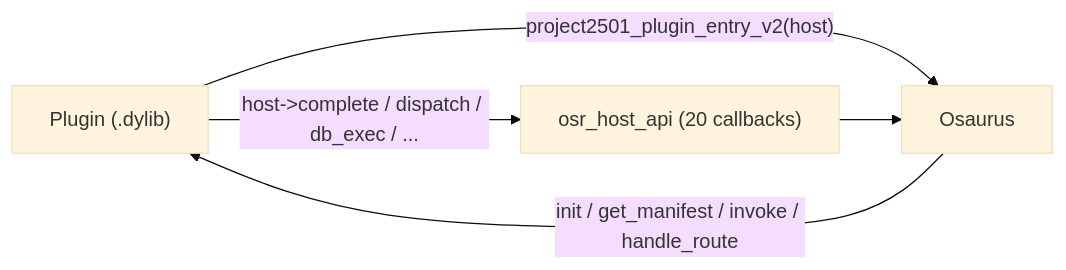
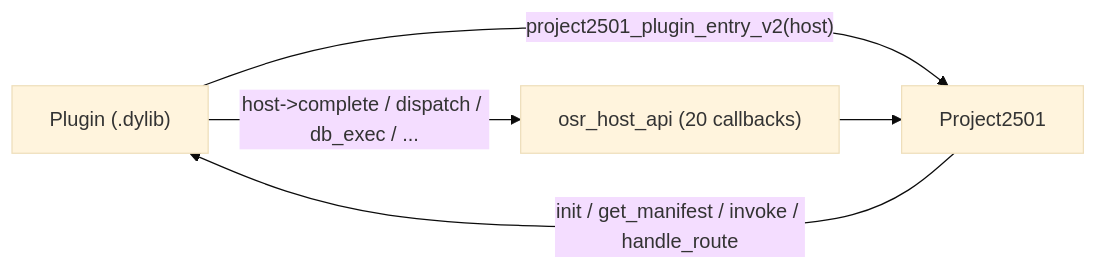
Before and after one commit to CharAznableX/2501-OSX: the diagram in docs/PLUGIN_AUTHORING.md, drawn with Mermaid (base theme). The commit also changed other lines of this file and 174 other files, not shown here.

Commit message:
fix(ci): Replace all Osaurus references with Project2501 in code

````diff
--- a/docs/PLUGIN_AUTHORING.md
+++ b/docs/PLUGIN_AUTHORING.md
@@ -44,7 +44,7 @@
 ```mermaid
 graph LR
-    Plugin["Plugin (.dylib)"] -- "project2501_plugin_entry_v2(host)" --> Osaurus
-    Osaurus -- "init / get_manifest / invoke / handle_route" --> Plugin
+    Plugin["Plugin (.dylib)"] -- "project2501_plugin_entry_v2(host)" --> Project2501
+    Project2501 -- "init / get_manifest / invoke / handle_route" --> Plugin
     Plugin -- "host->complete / dispatch / db_exec / ..." --> HostAPI["osr_host_api (20 callbacks)"]
-    HostAPI --> Osaurus
+    HostAPI --> Project2501
 ```
````
